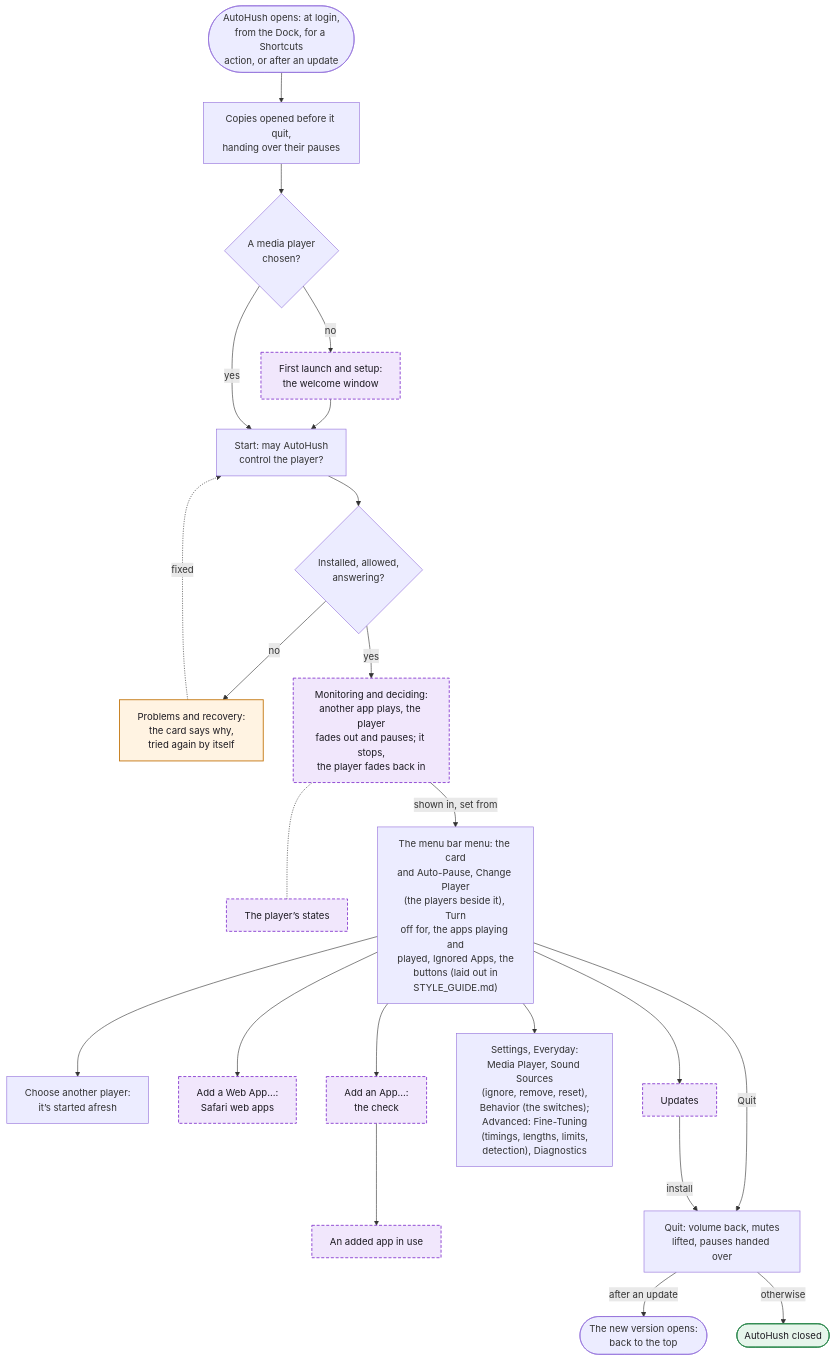
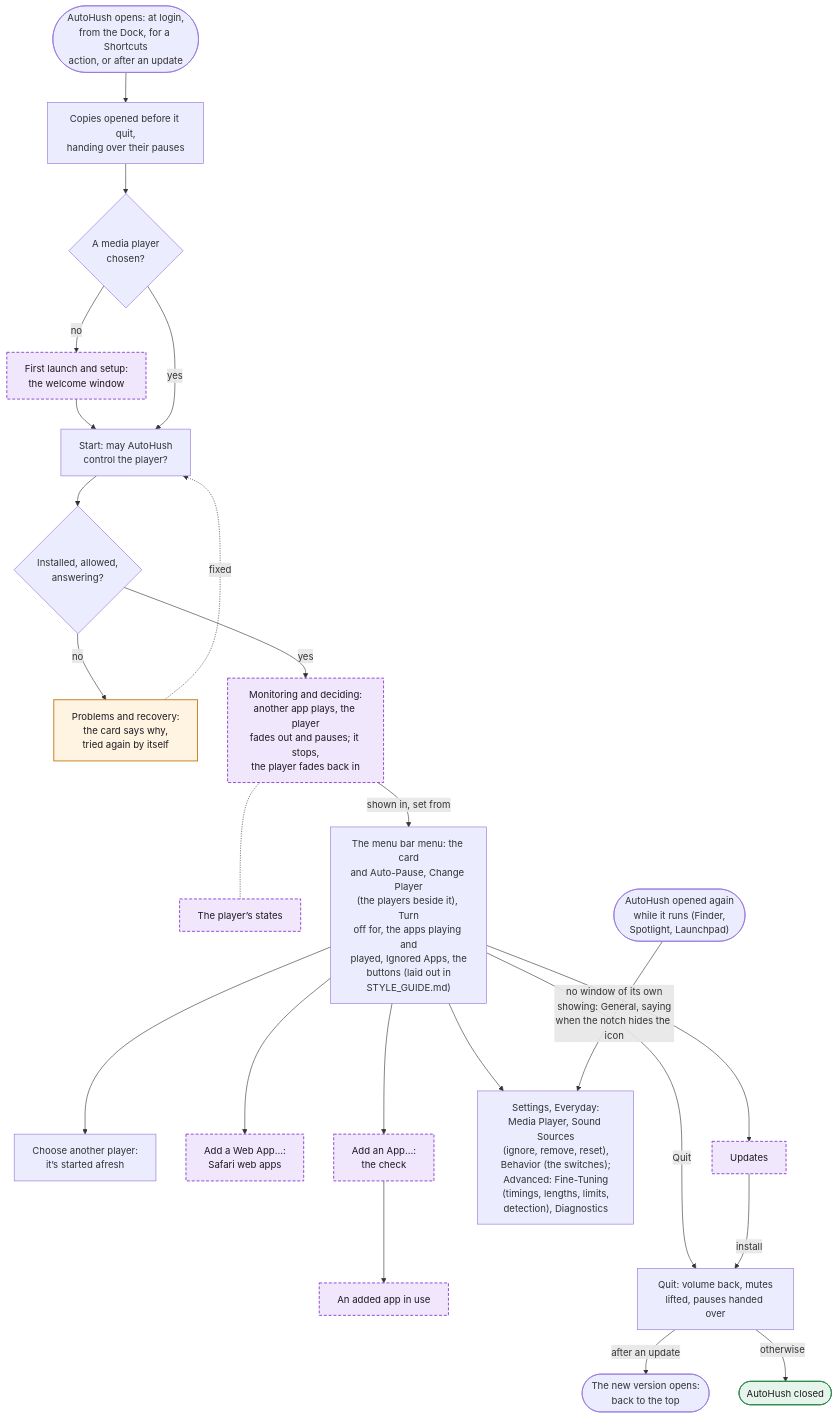
Before and after one commit to hfustercabre/AutoHush: the first of 14 diagrams in WORKFLOWS.md, drawn with Mermaid. The commit also changed 16 other files, not shown here.

First line of the commit message:
fix: opening AutoHush again opens Settings

````diff
--- a/WORKFLOWS.md
+++ b/WORKFLOWS.md
@@ -24,48 +24,50 @@
 ```mermaid
 flowchart TD
   L(["AutoHush opens: at login,<br/>from the Dock, for a Shortcuts<br/>action, or after an update"])
   O["Copies opened before it quit,<br/>handing over their pauses"]
   C{"A media player<br/>chosen?"}
   W["First launch and setup:<br/>the welcome window"]
   S["Start: may AutoHush<br/>control the player?"]
   P{"Installed, allowed,<br/>answering?"}
   R["Problems and recovery:<br/>the card says why,<br/>tried again by itself"]
   M["Monitoring and deciding:<br/>another app plays, the player<br/>fades out and pauses; it stops,<br/>the player fades back in"]
   ST["The player’s states"]
   MENU["The menu bar menu: the card<br/>and Auto-Pause, Change Player<br/>(the players beside it), Turn<br/>off for, the apps playing and<br/>played, Ignored Apps, the<br/>buttons (laid out in<br/>STYLE_GUIDE.md)"]
   CH["Choose another player:<br/>it’s started afresh"]
   WA["Add a Web App…:<br/>Safari web apps"]
   AA["Add an App…:<br/>the check"]
   AU["An added app in use"]
+  AGAIN(["AutoHush opened again<br/>while it runs (Finder,<br/>Spotlight, Launchpad)"])
   SET["Settings, Everyday:<br/>Media Player, Sound Sources<br/>(ignore, remove, reset),<br/>Behavior (the switches);<br/>Advanced: Fine-Tuning<br/>(timings, lengths, limits,<br/>detection), Diagnostics"]
   UP["Updates"]
   Q["Quit: volume back, mutes<br/>lifted, pauses handed over"]
   RL(["The new version opens:<br/>back to the top"])
   QX(["AutoHush closed"])
 
   L --> O --> C
   C -->|"no"| W --> S
   C -->|"yes"| S
   S --> P
   P -->|"no"| R
   R -.->|"fixed"| S
   P -->|"yes"| M
   M -.- ST
   M -->|"shown in, set from"| MENU
   MENU --> CH
   MENU --> WA
   MENU --> AA --> AU
   MENU --> SET
+  AGAIN -->|"no window of its own<br/>showing: General, saying<br/>when the notch hides the icon"| SET
   MENU --> UP
   MENU -->|"Quit"| Q
   UP -->|"install"| Q
   Q -->|"after an update"| RL
   Q -->|"otherwise"| QX
 
   class W,M,ST,WA,AA,AU,UP ref
   class R warn
   class QX done
   classDef ref fill:#f1e7fc,stroke:#8a3fd1,stroke-width:1.5px,stroke-dasharray: 5 3,color:#1d1b22
   classDef warn fill:#fff3e2,stroke:#c47812,stroke-width:1.5px,color:#1d1b22
   classDef done fill:#e6f5eb,stroke:#2f8a50,stroke-width:1.5px,color:#1d1b22
 ```
````
